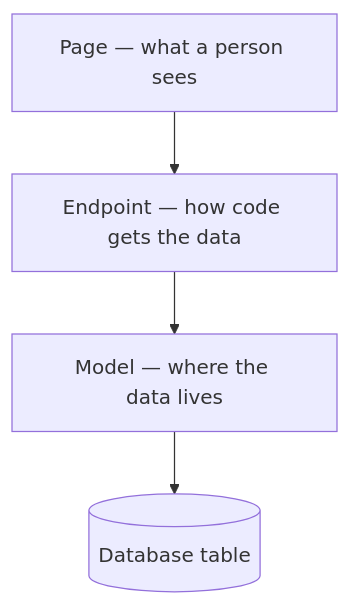
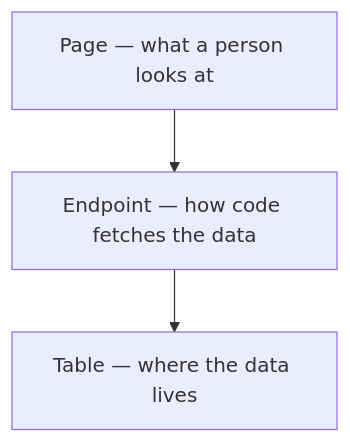
Before and after one commit to patdel0/zizzu-store: the diagram in onboarding/steps/10-decomposition.md, drawn with Mermaid. The commit also changed other lines of this file and 3 other files, not shown here.

Commit message:
Define what a model is, and stop tearing code blocks

````diff
--- a/onboarding/steps/10-decomposition.md
+++ b/onboarding/steps/10-decomposition.md
@@ -40,6 +40,5 @@
 ```mermaid
 flowchart TD
-    P[Page — what a person sees] --> A[Endpoint — how code gets the data]
-    A --> M[Model — where the data lives]
-    M --> D[(Database table)]
+    P[Page — what a person looks at] --> A[Endpoint — how code fetches the data]
+    A --> M[Table — where the data lives]
 ```
````
